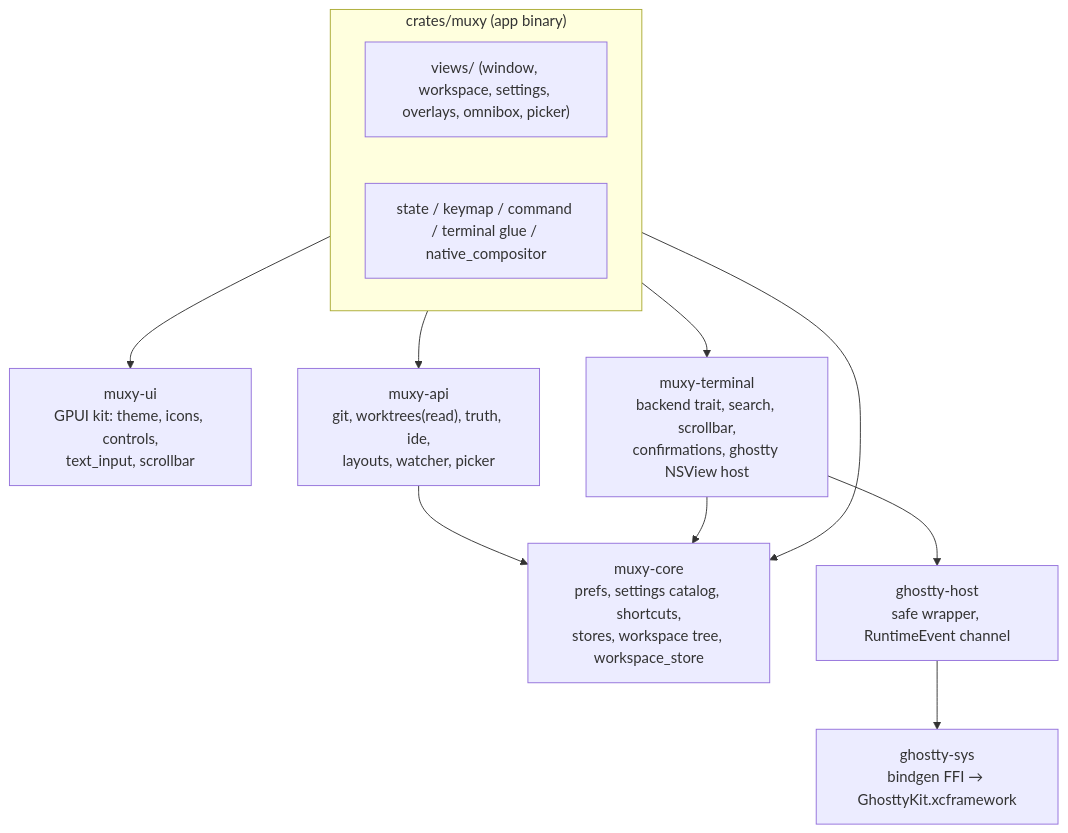
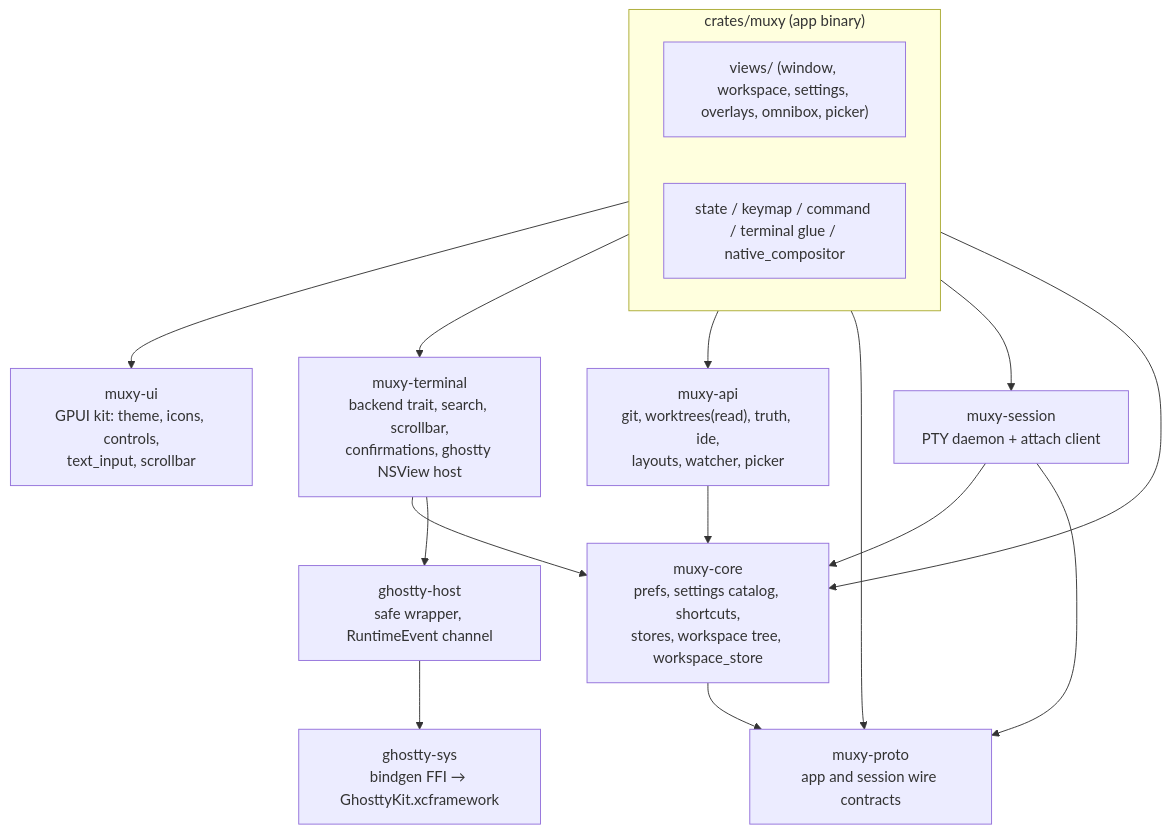
One commit to muxy-app/muxy changed the first of 3 diagrams in PLAN.md. Above: the diagram before and after it, drawn with Mermaid. The commit also changed other lines of this file and 33 other files, not shown here.

````diff
--- a/PLAN.md
+++ b/PLAN.md
@@ -43,22 +44,29 @@
 ```mermaid
 flowchart TD
     subgraph app["crates/muxy (app binary)"]
         VIEWS["views/ (window, workspace, settings, overlays, omnibox, picker)"]
         GLUE["state / keymap / command / terminal glue / native_compositor"]
     end
     UI["muxy-ui\nGPUI kit: theme, icons, controls,\ntext_input, scrollbar"]
     TERM["muxy-terminal\nbackend trait, search, scrollbar,\nconfirmations, ghostty NSView host"]
     API["muxy-api\ngit, worktrees(read), truth, ide,\nlayouts, watcher, picker"]
+    PROTO["muxy-proto\napp and session wire contracts"]
     CORE["muxy-core\nprefs, settings catalog, shortcuts,\nstores, workspace tree, workspace_store"]
+    SESSION["muxy-session\nPTY daemon + attach client"]
     HOST["ghostty-host\nsafe wrapper, RuntimeEvent channel"]
     SYS["ghostty-sys\nbindgen FFI → GhosttyKit.xcframework"]
 
     app --> UI
     app --> TERM
     app --> API
+    app --> PROTO
+    app --> SESSION
     API --> CORE
+    CORE --> PROTO
     TERM --> CORE
+    SESSION --> CORE
+    SESSION --> PROTO
     TERM --> HOST
     HOST --> SYS
     app --> CORE
 ```
````
